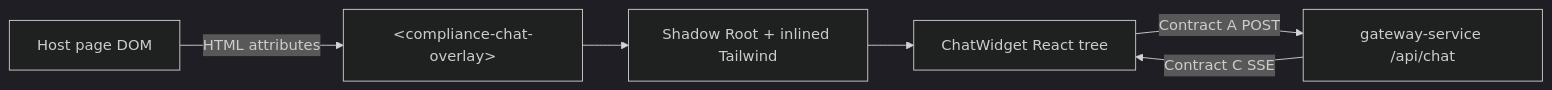
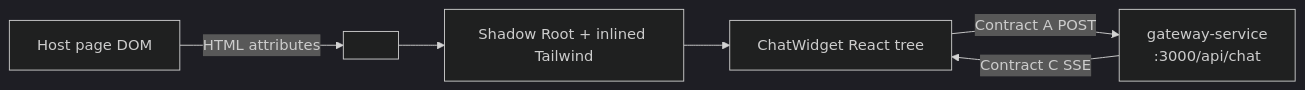
Before and after one commit to Manavagarwal2703/compliance-overlay: the diagram in widget-client/README.md, drawn with Mermaid (dark theme). The commit also changed other lines of this file and 16 other files, not shown here.

````diff
--- a/widget-client/README.md
+++ b/widget-client/README.md
@@ -11,14 +11,14 @@
 ```mermaid
 flowchart LR
   HOST["Host page DOM"]
-  CE["&lt;compliance-chat-overlay&gt;"]
+  CE["<compliance-chat-overlay\nuser-role='reviewer'\nuser-id='usr_123'>"]
   SHADOW["Shadow Root + inlined Tailwind"]
   REACT["ChatWidget React tree"]
-  GW["gateway-service /api/chat"]
+  GW["gateway-service\n:3000/api/chat"]
 
   HOST -->|"HTML attributes"| CE
   CE --> SHADOW
   SHADOW --> REACT
   REACT -->|"Contract A POST"| GW
   GW -->|"Contract C SSE"| REACT
 ```
````
